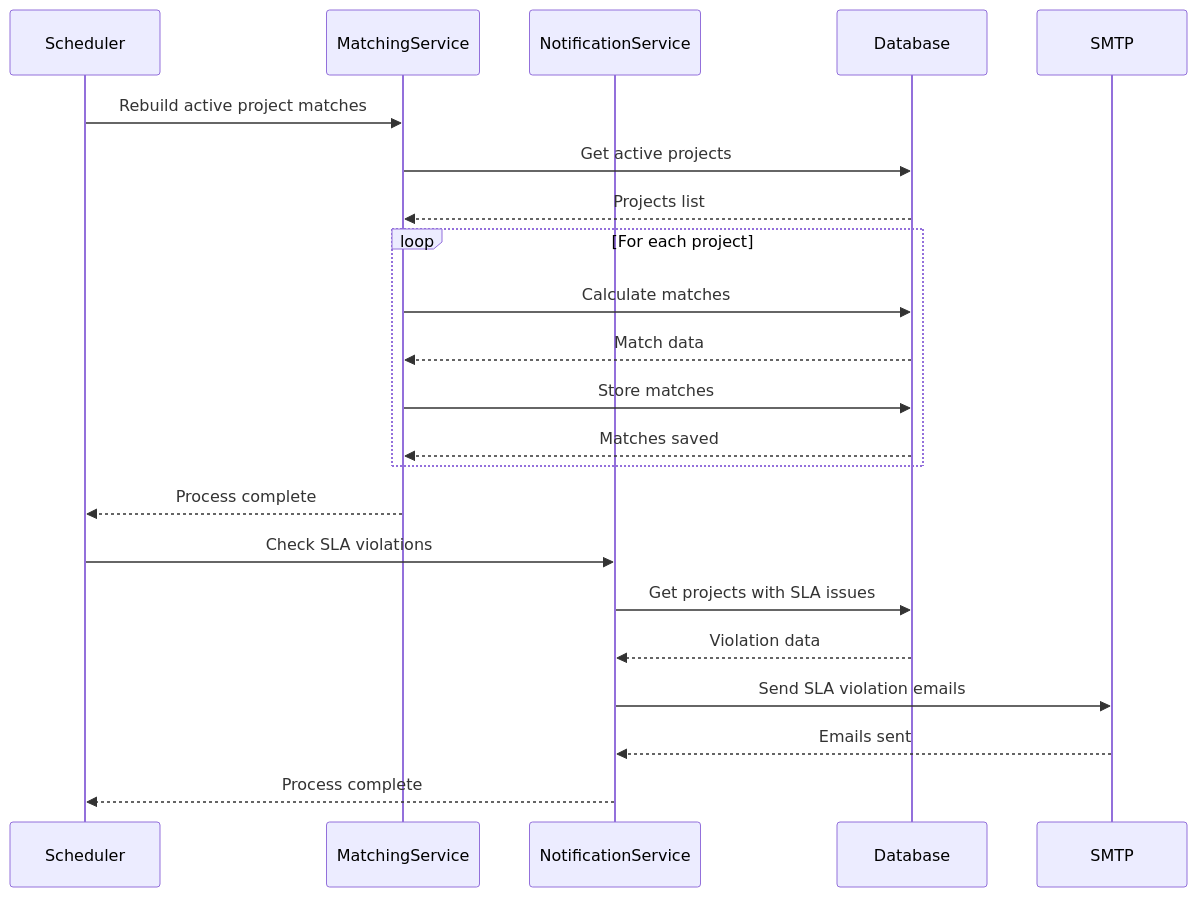
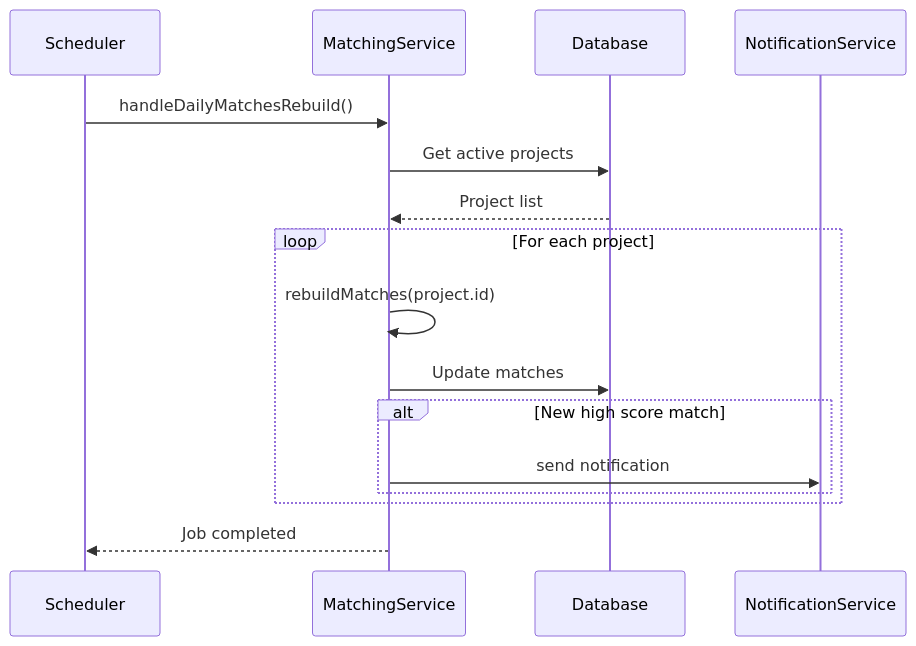
One commit to h4775346/expansion-management-api changed the sixth of 7 diagrams in docs/SYSTEM_DESIGN.md. Above: the diagram before and after it, drawn with Mermaid. The commit also changed other lines of this file and 9 other files, not shown here.

````diff
--- a/docs/SYSTEM_DESIGN.md
+++ b/docs/SYSTEM_DESIGN.md
@@ -150,26 +221,19 @@
 ```mermaid
 sequenceDiagram
     participant Scheduler
     participant MatchingService
+    participant Database
     participant NotificationService
-    participant Database
-    participant SMTP
-    
-    Scheduler->>MatchingService: Rebuild active project matches
+
+    Scheduler->>MatchingService: handleDailyMatchesRebuild()
     MatchingService->>Database: Get active projects
-    Database-->>MatchingService: Projects list
+    Database-->>MatchingService: Project list
     loop For each project
-        MatchingService->>Database: Calculate matches
-        Database-->>MatchingService: Match data
-        MatchingService->>Database: Store matches
-        Database-->>MatchingService: Matches saved
+        MatchingService->>MatchingService: rebuildMatches(project.id)
+        MatchingService->>Database: Update matches
+        alt New high score match
+            MatchingService->>NotificationService: send notification
+        end
     end
-    MatchingService-->>Scheduler: Process complete
-    
-    Scheduler->>NotificationService: Check SLA violations
-    NotificationService->>Database: Get projects with SLA issues
-    Database-->>NotificationService: Violation data
-    NotificationService->>SMTP: Send SLA violation emails
-    SMTP-->>NotificationService: Emails sent
-    NotificationService-->>Scheduler: Process complete
+    MatchingService-->>Scheduler: Job completed
 ```
````
